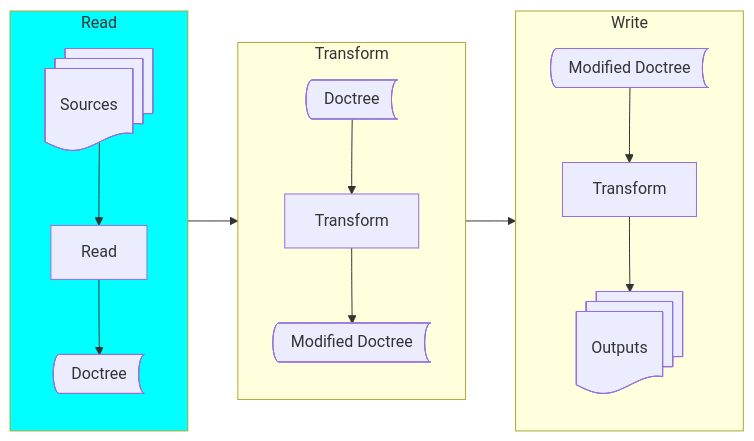
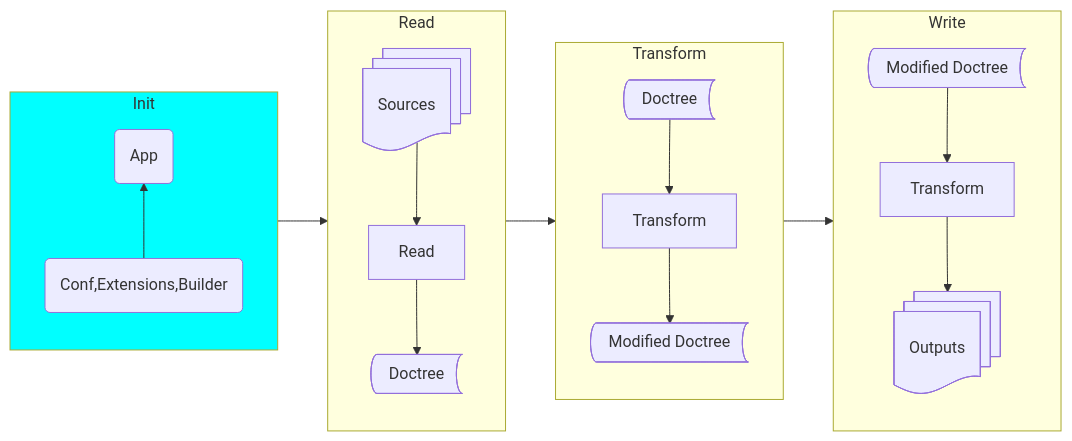
The diagram in content/graph/sphinx-step-1.mmd (attakei/the-slide), drawn with Mermaid before and after one commit. The commit also changed 4 other files, not shown here.

```diff
--- a/content/graph/sphinx-step-1.mmd
+++ b/content/graph/sphinx-step-1.mmd
@@ -1,26 +1,33 @@
 flowchart LR
+    subgraph Init
+        direction BT
+        C --> A
+    end
     subgraph Read
         direction TB
         S --> R
         R --> D1
     end
     subgraph Transform
         D2 --> T
         T --> D3
     end
     subgraph Write
         D4 --> W
         W --> O
     end
+    Init --> Read
     Read --> Transform
     Transform --> Write
+    A@{ shape: rounded, label: 'App'}
+    C@{ shape: rounded, label: 'Conf,Extensions,Builder'}
     S@{ shape: docs, label: "Sources" }
     R@{ shape: rect, label: "Read" }
     D1@{ shape: bow-rect, label: "Doctree" }
     D2@{ shape: bow-rect, label: "Doctree" }
     T@{ shape: rect, label: "Transform" }
     D3@{ shape: bow-rect, label: "Modified Doctree" }
     D4@{ shape: bow-rect, label: "Modified Doctree" }
     W@{ shape: rect, label: "Transform" }
     O@{ shape: docs, label: "Outputs" }
-    style Read fill:aqua;
+    style Init fill:aqua;
```
